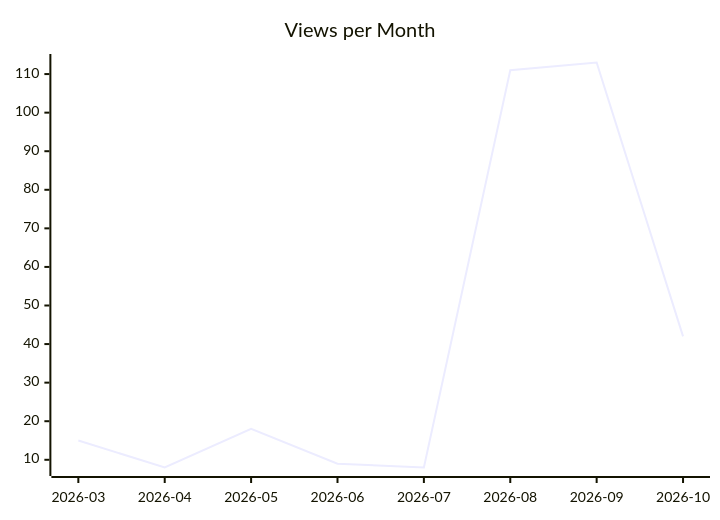
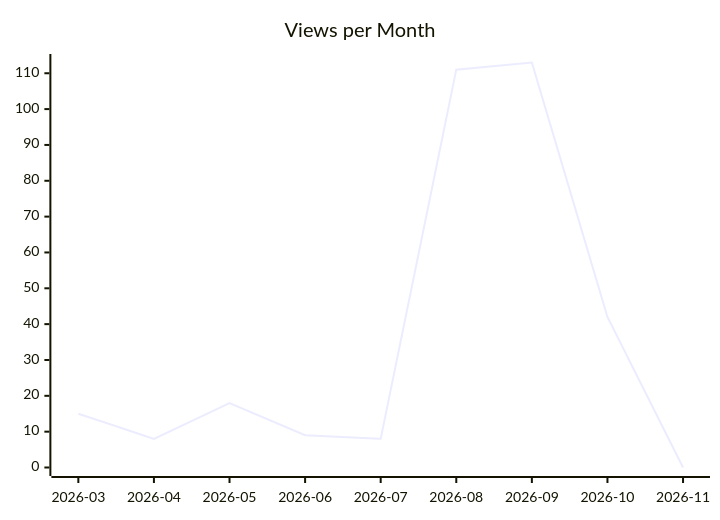
One commit to justdavis-family/github-analytics-data changed the second of 3 diagrams in karlmdavis/xmlpull/README.md. Above: the diagram before and after it, drawn with Mermaid. The commit also changed other lines of this file and 201 other files, not shown here.

````diff
--- a/karlmdavis/xmlpull/README.md
+++ b/karlmdavis/xmlpull/README.md
@@ -12,6 +12,6 @@
 ```mermaid
 xychart-beta
   title "Views per Month"
-  x-axis ["2026-03", "2026-04", "2026-05", "2026-06", "2026-07", "2026-08", "2026-09", "2026-10"]
-  line [15, 8, 18, 9, 8, 111, 113, 42]
+  x-axis ["2026-03", "2026-04", "2026-05", "2026-06", "2026-07", "2026-08", "2026-09", "2026-10", "2026-11"]
+  line [15, 8, 18, 9, 8, 111, 113, 42, 0]
 ```
````
